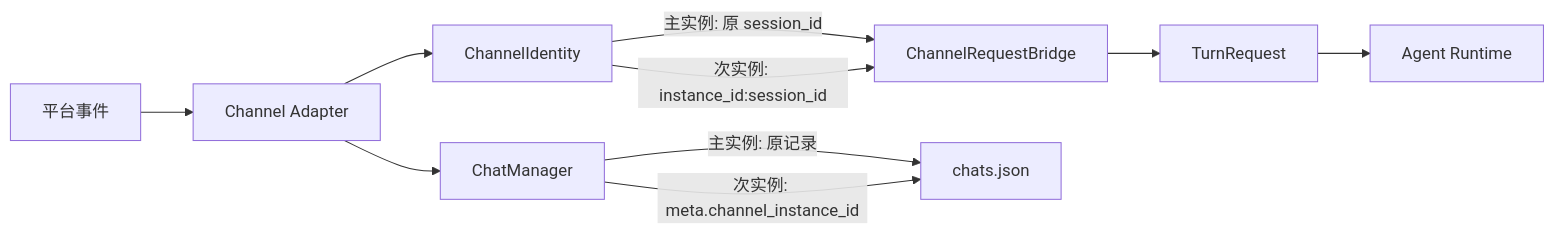
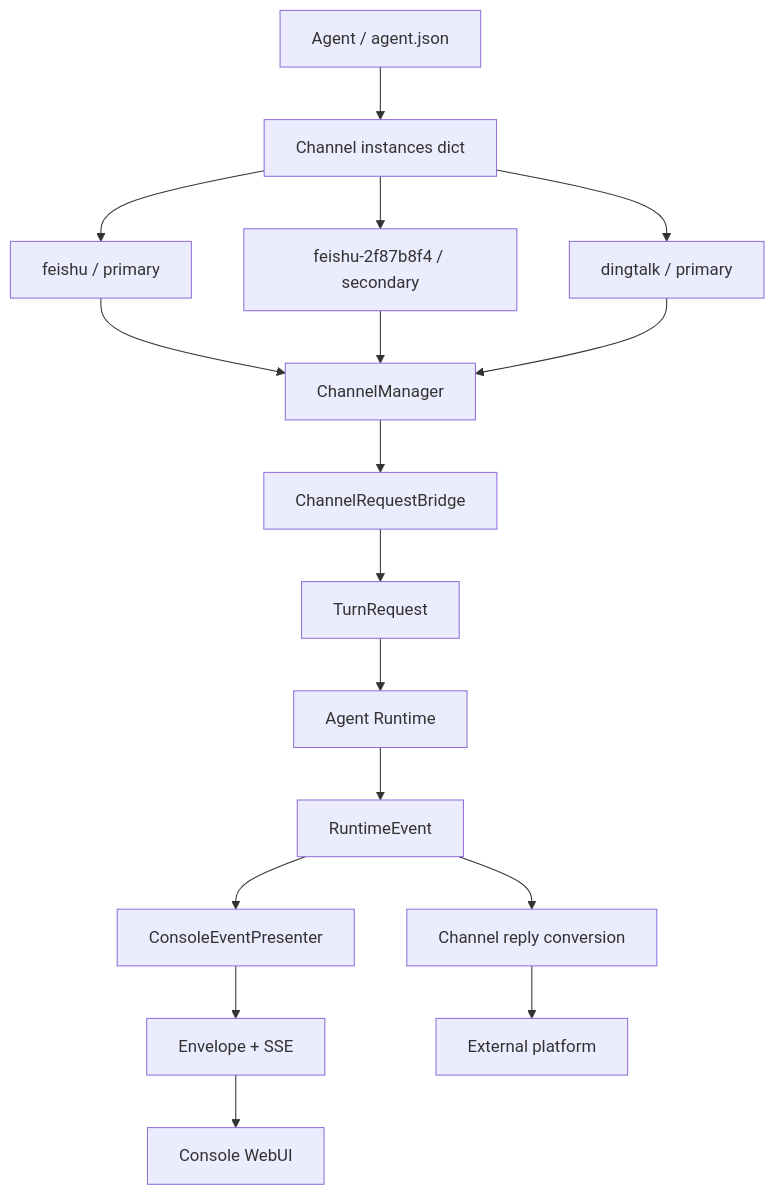
The first of 4 diagrams in docs/design/channel-agent-runtime-v5.md (zhijianma/CoPaw), drawn with Mermaid before and after one commit. The commit also changed other lines of this file and 1 other file, not shown here.

Commit message:
docs finalize channel agent architecture

````diff
--- a/docs/design/channel-agent-runtime-v5.md
+++ b/docs/design/channel-agent-runtime-v5.md
@@ -68,12 +18,22 @@
 ```mermaid
-flowchart LR
-    P[平台事件] --> A[Channel Adapter]
-    A --> I[ChannelIdentity]
-    I -->|主实例: 原 session_id| B[ChannelRequestBridge]
-    I -->|次实例: instance_id:session_id| B
+flowchart TB
+    A[Agent / agent.json] --> C[Channel instances dict]
+    C --> I1[feishu / primary]
+    C --> I2[feishu-2f87b8f4 / secondary]
+    C --> I3[dingtalk / primary]
+
+    I1 --> M[ChannelManager]
+    I2 --> M
+    I3 --> M
+    M --> B[ChannelRequestBridge]
     B --> T[TurnRequest]
     T --> R[Agent Runtime]
-    A --> C[ChatManager]
-    C -->|主实例: 原记录| J[chats.json]
-    C -->|次实例: meta.channel_instance_id| J
+    R --> E[RuntimeEvent]
+
+    E --> P[ConsoleEventPresenter]
+    P --> V[Envelope + SSE]
+    V --> W[Console WebUI]
+
+    E --> O[Channel reply conversion]
+    O --> X[External platform]
 ```
````
